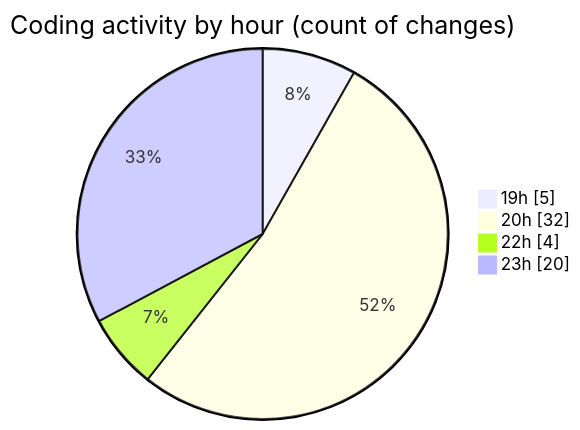
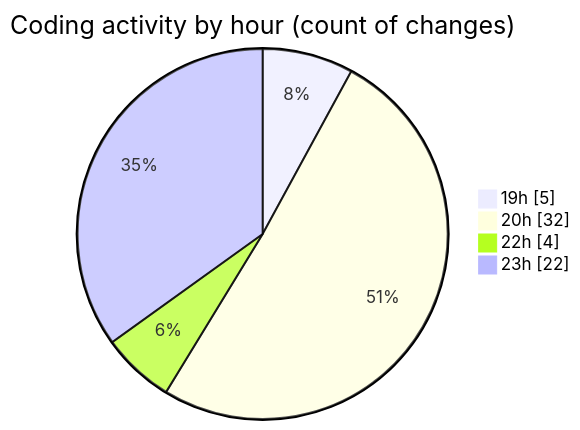
The second of 2 diagrams in 2025-04-25/echo/README.md (Netris89/code-tracking), drawn with Mermaid before and after one commit. The commit also changed other lines of this file and 1 other file, not shown here.

````diff
--- a/2025-04-25/echo/README.md
+++ b/2025-04-25/echo/README.md
@@ -33,8 +33,8 @@
 ```mermaid
 pie showData
 title Coding activity by hour (count of changes)
 "19h" : 5
 "20h" : 32
 "22h" : 4
-"23h" : 20
+"23h" : 22
 ```
````
